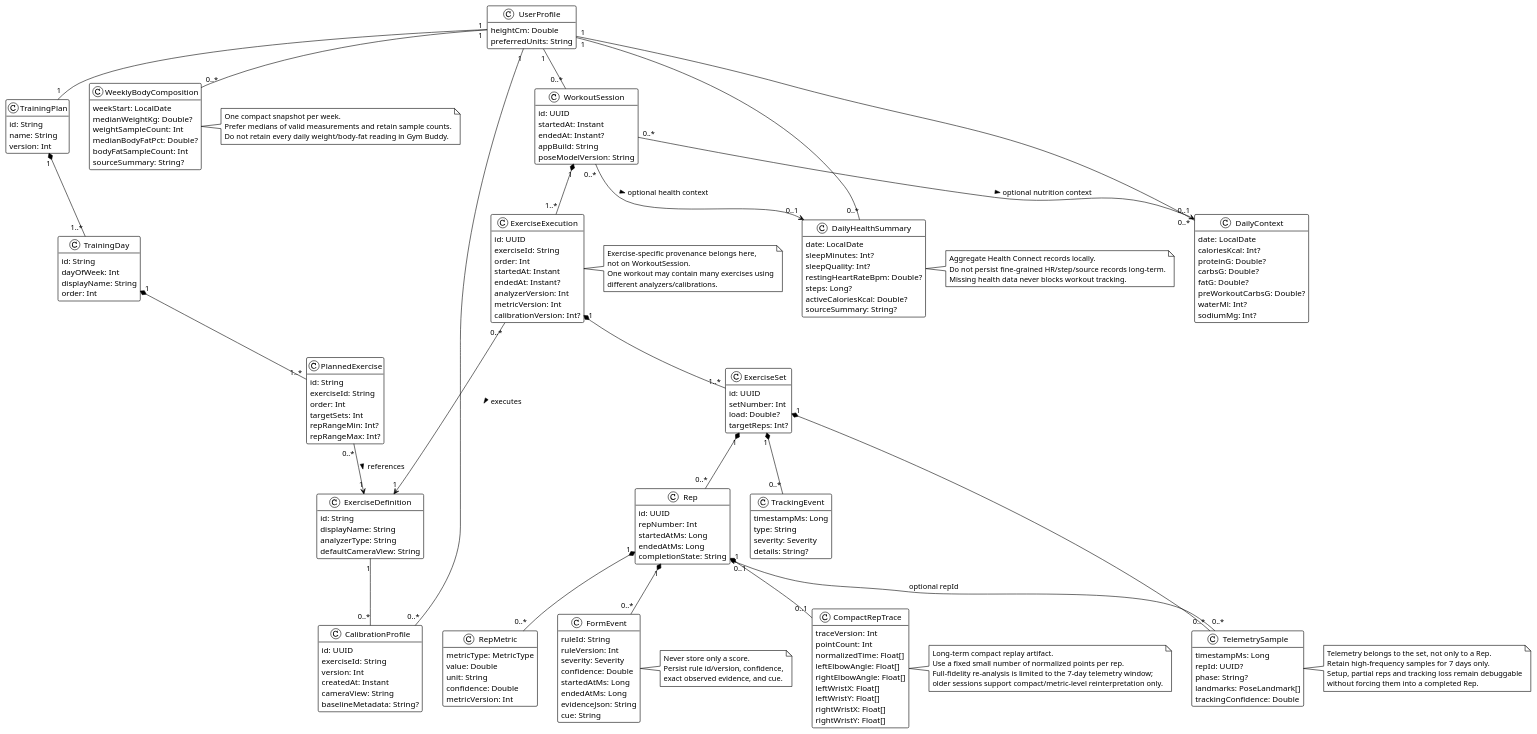
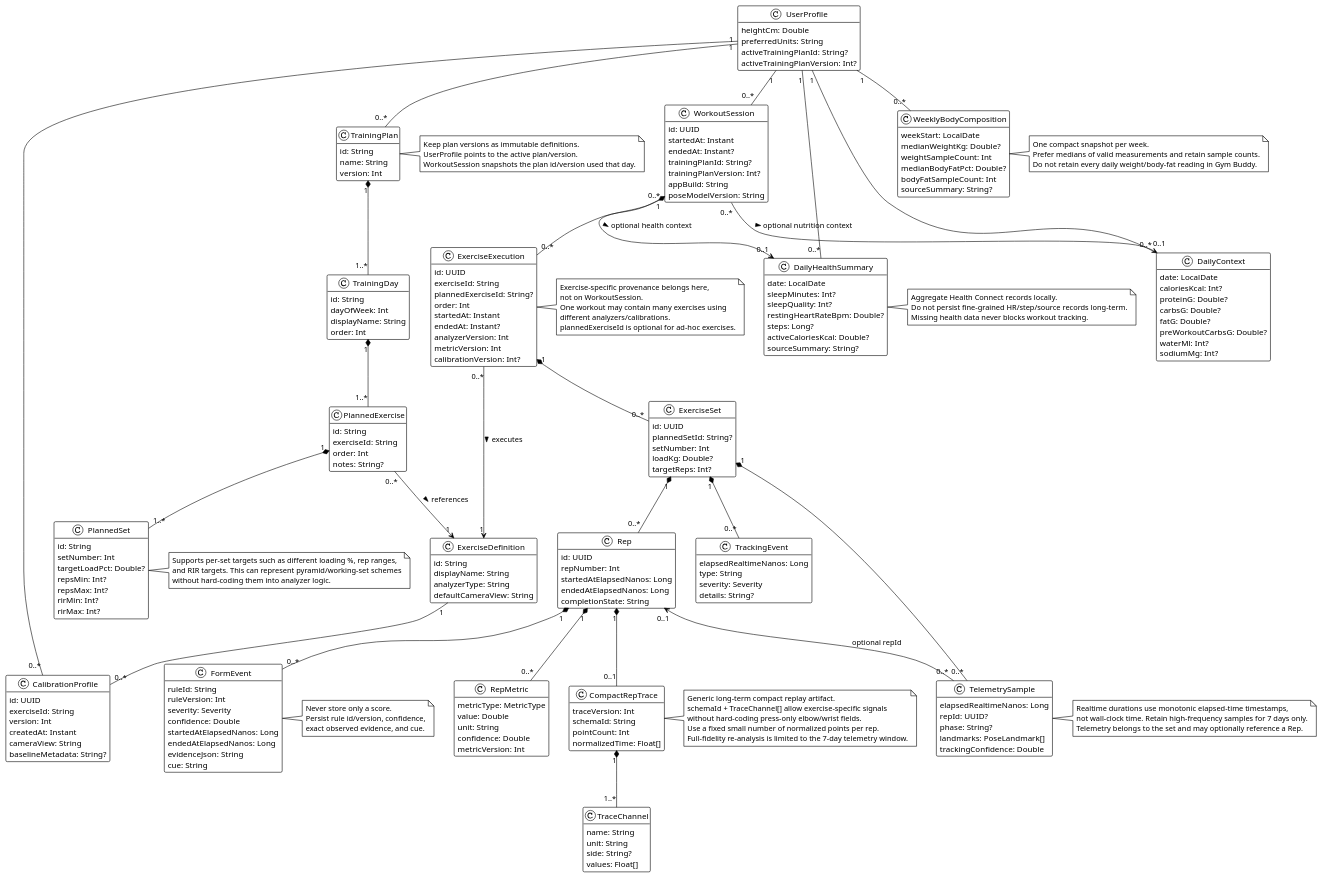
Before and after one commit to lazerta/gym-buddy: the diagram in docs/uml/03-domain-model.puml, drawn with PlantUML.

Commit message:
UML v0.5: generalize compact traces and model per-set training targets

```diff
--- a/docs/uml/03-domain-model.puml
+++ b/docs/uml/03-domain-model.puml
@@ -6,6 +6,8 @@
 class UserProfile {
   heightCm: Double
   preferredUnits: String
+  activeTrainingPlanId: String?
+  activeTrainingPlanVersion: Int?
 }
 
 class TrainingPlan {
@@ -25,9 +27,17 @@
   id: String
   exerciseId: String
   order: Int
-  targetSets: Int
-  repRangeMin: Int?
-  repRangeMax: Int?
+  notes: String?
+}
+
+class PlannedSet {
+  id: String
+  setNumber: Int
+  targetLoadPct: Double?
+  repsMin: Int?
+  repsMax: Int?
+  rirMin: Int?
+  rirMax: Int?
 }
 
 class ExerciseDefinition {
@@ -80,6 +90,8 @@
   id: UUID
   startedAt: Instant
   endedAt: Instant?
+  trainingPlanId: String?
+  trainingPlanVersion: Int?
   appBuild: String
   poseModelVersion: String
 }
@@ -87,6 +99,7 @@
 class ExerciseExecution {
   id: UUID
   exerciseId: String
+  plannedExerciseId: String?
   order: Int
   startedAt: Instant
   endedAt: Instant?
@@ -97,21 +110,22 @@
 
 class ExerciseSet {
   id: UUID
+  plannedSetId: String?
   setNumber: Int
-  load: Double?
+  loadKg: Double?
   targetReps: Int?
 }
 
 class Rep {
   id: UUID
   repNumber: Int
-  startedAtMs: Long
-  endedAtMs: Long
+  startedAtElapsedNanos: Long
+  endedAtElapsedNanos: Long
   completionState: String
 }
 
 class TelemetrySample {
-  timestampMs: Long
+  elapsedRealtimeNanos: Long
   repId: UUID?
   phase: String?
   landmarks: PoseLandmark[]
@@ -119,7 +133,7 @@
 }
 
 class TrackingEvent {
-  timestampMs: Long
+  elapsedRealtimeNanos: Long
   type: String
   severity: Severity
   details: String?
@@ -138,27 +152,30 @@
   ruleVersion: Int
   severity: Severity
   confidence: Double
-  startedAtMs: Long
-  endedAtMs: Long
+  startedAtElapsedNanos: Long
+  endedAtElapsedNanos: Long
   evidenceJson: String
   cue: String
 }
 
 class CompactRepTrace {
   traceVersion: Int
+  schemaId: String
   pointCount: Int
   normalizedTime: Float[]
-  leftElbowAngle: Float[]
-  rightElbowAngle: Float[]
-  leftWristX: Float[]
-  leftWristY: Float[]
-  rightWristX: Float[]
-  rightWristY: Float[]
 }
 
-UserProfile "1" -- "1" TrainingPlan
+class TraceChannel {
+  name: String
+  unit: String
+  side: String?
+  values: Float[]
+}
+
+UserProfile "1" -- "0..*" TrainingPlan
 TrainingPlan "1" *-- "1..*" TrainingDay
 TrainingDay "1" *-- "1..*" PlannedExercise
+PlannedExercise "1" *-- "1..*" PlannedSet
 PlannedExercise "0..*" --> "1" ExerciseDefinition : references >
 UserProfile "1" -- "0..*" CalibrationProfile
 ExerciseDefinition "1" -- "0..*" CalibrationProfile
@@ -168,9 +185,9 @@
 UserProfile "1" -- "0..*" WorkoutSession
 WorkoutSession "0..*" --> "0..1" DailyContext : optional nutrition context >
 WorkoutSession "0..*" --> "0..1" DailyHealthSummary : optional health context >
-WorkoutSession "1" *-- "1..*" ExerciseExecution
+WorkoutSession "1" *-- "0..*" ExerciseExecution
 ExerciseExecution "0..*" --> "1" ExerciseDefinition : executes >
-ExerciseExecution "1" *-- "1..*" ExerciseSet
+ExerciseExecution "1" *-- "0..*" ExerciseSet
 ExerciseSet "1" *-- "0..*" TelemetrySample
 ExerciseSet "1" *-- "0..*" TrackingEvent
 ExerciseSet "1" *-- "0..*" Rep
@@ -178,26 +195,40 @@
 Rep "1" *-- "0..*" RepMetric
 Rep "1" *-- "0..*" FormEvent
 Rep "1" *-- "0..1" CompactRepTrace
+CompactRepTrace "1" *-- "1..*" TraceChannel
+
+note right of TrainingPlan
+Keep plan versions as immutable definitions.
+UserProfile points to the active plan/version.
+WorkoutSession snapshots the plan id/version used that day.
+end note
+
+note right of PlannedSet
+Supports per-set targets such as different loading %, rep ranges,
+and RIR targets. This can represent pyramid/working-set schemes
+without hard-coding them into analyzer logic.
+end note
 
 note right of ExerciseExecution
 Exercise-specific provenance belongs here,
 not on WorkoutSession.
 One workout may contain many exercises using
 different analyzers/calibrations.
+plannedExerciseId is optional for ad-hoc exercises.
 end note
 
 note right of TelemetrySample
-Telemetry belongs to the set, not only to a Rep.
-Retain high-frequency samples for 7 days only.
-Setup, partial reps and tracking loss remain debuggable
-without forcing them into a completed Rep.
+Realtime durations use monotonic elapsed-time timestamps,
+not wall-clock time. Retain high-frequency samples for 7 days only.
+Telemetry belongs to the set and may optionally reference a Rep.
 end note
 
 note right of CompactRepTrace
-Long-term compact replay artifact.
+Generic long-term compact replay artifact.
+schemaId + TraceChannel[] allow exercise-specific signals
+without hard-coding press-only elbow/wrist fields.
 Use a fixed small number of normalized points per rep.
-Full-fidelity re-analysis is limited to the 7-day telemetry window;
-older sessions support compact/metric-level reinterpretation only.
+Full-fidelity re-analysis is limited to the 7-day telemetry window.
 end note
 
 note right of DailyHealthSummary
```
